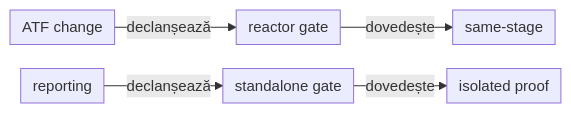
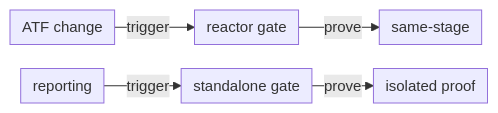
Before and after one commit to crististefanita/atf_j0: the fifth of 6 diagrams in docs/ATF_Build_And_Execution_Safety.md, drawn with Mermaid. The commit also changed other lines of this file and 113 other files, not shown here.

````diff
--- a/docs/ATF_Build_And_Execution_Safety.md
+++ b/docs/ATF_Build_And_Execution_Safety.md
@@ -266,8 +229,8 @@
 ```mermaid
 %%{init: {"themeVariables":{"fontSize":"15px"},"themeCSS":".nodeLabel, .nodeLabel p { font-size: 15px !important; line-height: 1.35 !important; } .edgeLabel, .edgeLabel p { font-size: 12px !important; font-weight: 400 !important; line-height: 1.2 !important; } .edgeLabel .labelBkg, .edgeLabel p { background: transparent !important; } .edgeLabel foreignObject { transform: translateY(-18px); overflow: visible; } .node rect { rx: 6px; ry: 6px; }","flowchart":{"curve":"linear","nodeSpacing":24,"rankSpacing":24,"padding":6,"diagramPadding":20}}}%%
 flowchart LR
-    Changed["ATF change"] -->|declanșează| Reactor["reactor gate"]
-    Reactor -->|dovedește| SameSources["same-stage"]
-    Standalone["reporting"] -->|declanșează| Isolated["standalone gate"]
-    Isolated -->|dovedește| IsolatedProof["isolated proof"]
+    Changed["ATF change"] -->|trigger| Reactor["reactor gate"]
+    Reactor -->|prove| SameSources["same-stage"]
+    Standalone["reporting"] -->|trigger| Isolated["standalone gate"]
+    Isolated -->|prove| IsolatedProof["isolated proof"]
 ```
````
